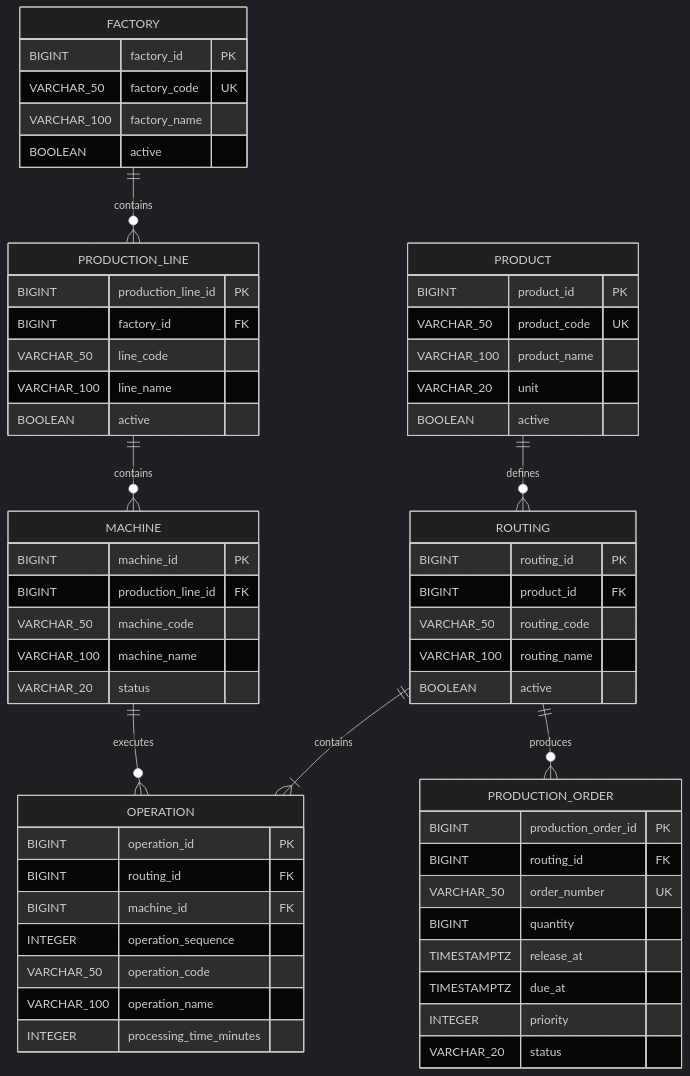
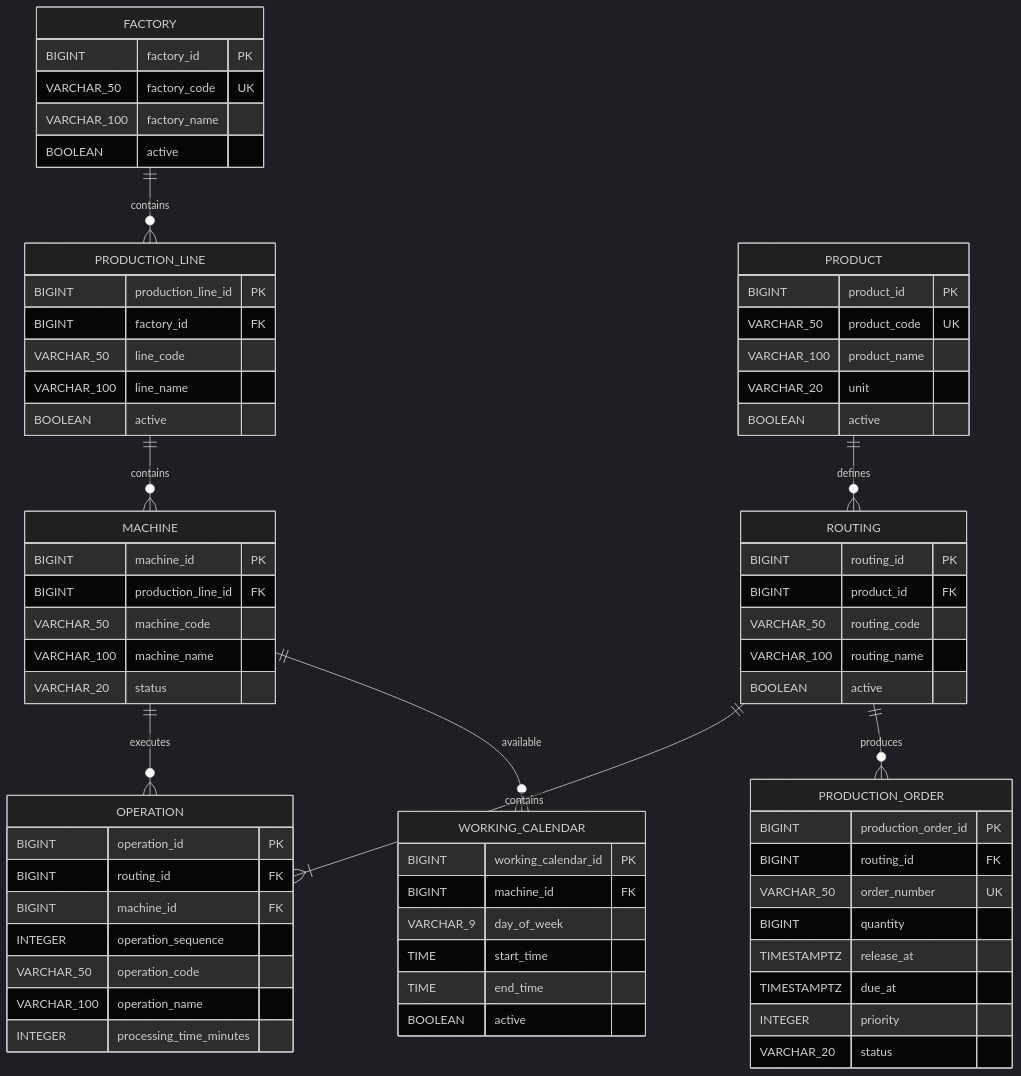
One commit to Juglee0527/aps-engine changed the diagram in docs/03-erd.md. Above: the diagram before and after it, drawn with Mermaid (dark theme). The commit also changed other lines of this file and 27 other files, not shown here.

````diff
--- a/docs/03-erd.md
+++ b/docs/03-erd.md
@@ -5,62 +5,71 @@
 ```mermaid
 erDiagram
     FACTORY {
         BIGINT factory_id PK
         VARCHAR_50 factory_code UK
         VARCHAR_100 factory_name
         BOOLEAN active
     }
     PRODUCTION_LINE {
         BIGINT production_line_id PK
         BIGINT factory_id FK
         VARCHAR_50 line_code
         VARCHAR_100 line_name
         BOOLEAN active
     }
     MACHINE {
         BIGINT machine_id PK
         BIGINT production_line_id FK
         VARCHAR_50 machine_code
         VARCHAR_100 machine_name
         VARCHAR_20 status
     }
     PRODUCT {
         BIGINT product_id PK
         VARCHAR_50 product_code UK
         VARCHAR_100 product_name
         VARCHAR_20 unit
         BOOLEAN active
     }
     ROUTING {
         BIGINT routing_id PK
         BIGINT product_id FK
         VARCHAR_50 routing_code
         VARCHAR_100 routing_name
         BOOLEAN active
     }
     OPERATION {
         BIGINT operation_id PK
         BIGINT routing_id FK
         BIGINT machine_id FK
         INTEGER operation_sequence
         VARCHAR_50 operation_code
         VARCHAR_100 operation_name
         INTEGER processing_time_minutes
     }
     PRODUCTION_ORDER {
         BIGINT production_order_id PK
         BIGINT routing_id FK
         VARCHAR_50 order_number UK
         BIGINT quantity
         TIMESTAMPTZ release_at
         TIMESTAMPTZ due_at
         INTEGER priority
         VARCHAR_20 status
     }
+    WORKING_CALENDAR {
+        BIGINT working_calendar_id PK
+        BIGINT machine_id FK
+        VARCHAR_9 day_of_week
+        TIME start_time
+        TIME end_time
+        BOOLEAN active
+    }
     FACTORY ||--o{ PRODUCTION_LINE : contains
     PRODUCTION_LINE ||--o{ MACHINE : contains
     PRODUCT ||--o{ ROUTING : defines
     ROUTING ||--|{ OPERATION : contains
     MACHINE ||--o{ OPERATION : executes
     ROUTING ||--o{ PRODUCTION_ORDER : produces
+    MACHINE ||--o{ WORKING_CALENDAR : available
 ```
````
